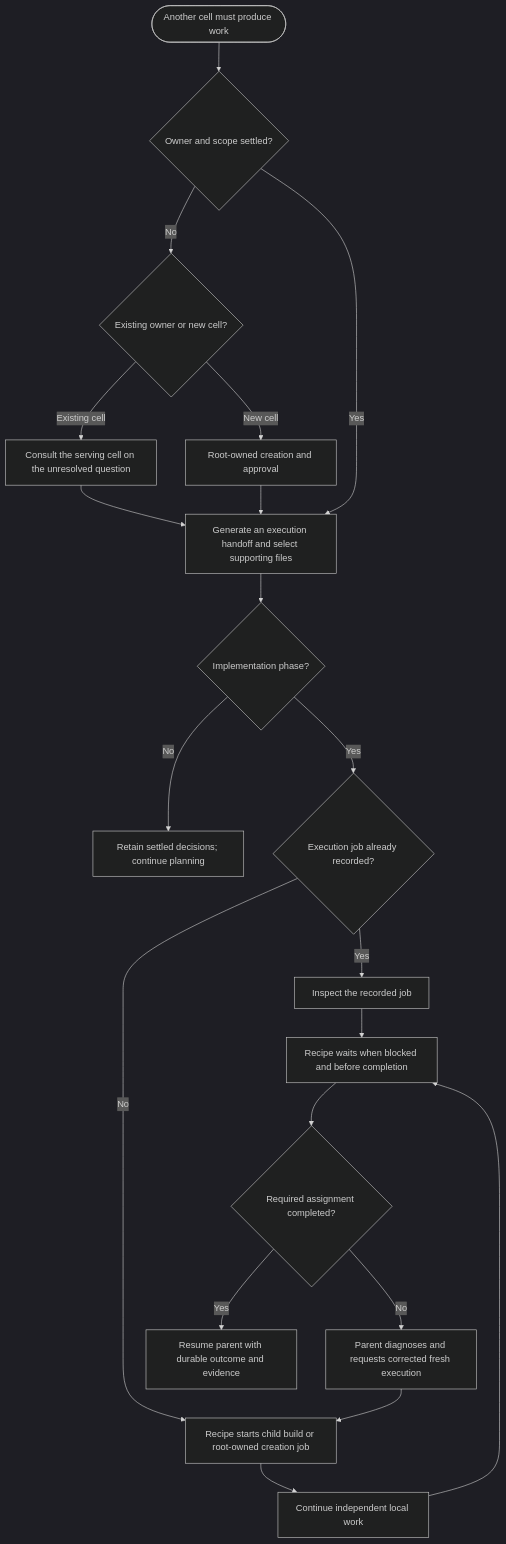
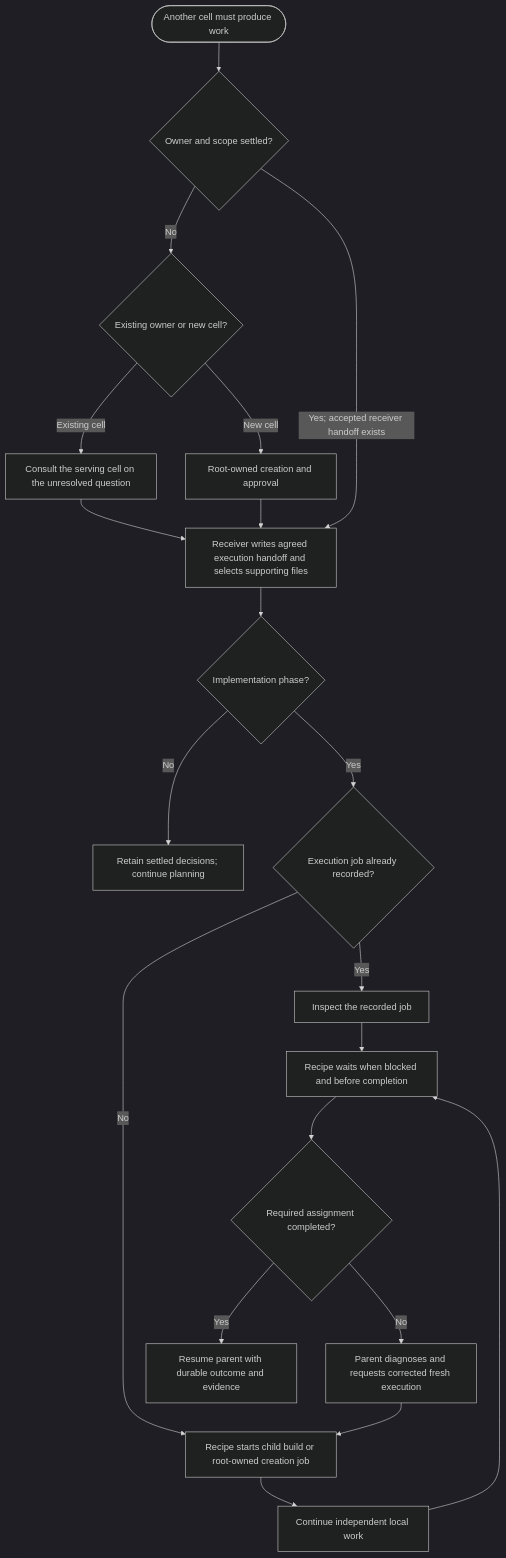
Before and after one commit to colony-2/recipes: the second of 3 diagrams in ADAPTIVE_BUILD_PROCESS.md, drawn with Mermaid (dark theme). The commit also changed other lines of this file and 159 other files, not shown here.

````diff
--- a/ADAPTIVE_BUILD_PROCESS.md
+++ b/ADAPTIVE_BUILD_PROCESS.md
@@ -128,22 +119,22 @@
 ```mermaid
 flowchart TD
     Need([Another cell must produce work]) --> Settled{Owner and scope settled?}
     Settled -->|No| Owner{Existing owner or new cell?}
     Owner -->|Existing cell| Serving[Consult the serving cell on the unresolved question]
     Owner -->|New cell| Root[Root-owned creation and approval]
-    Serving --> Handoff[Generate an execution handoff and select supporting files]
+    Serving --> Handoff[Receiver writes agreed execution handoff and selects supporting files]
     Root --> Handoff
-    Settled -->|Yes| Handoff
+    Settled -->|Yes; accepted receiver handoff exists| Handoff
     Handoff --> Phase{Implementation phase?}
     Phase -->|No| Record[Retain settled decisions; continue planning]
     Phase -->|Yes| Known{Execution job already recorded?}
     Known -->|Yes| Reuse[Inspect the recorded job]
     Known -->|No| Launch[Recipe starts child build or root-owned creation job]
     Launch --> Independent[Continue independent local work]
     Independent --> Wait[Recipe waits when blocked and before completion]
     Reuse --> Wait
     Wait --> Success{Required assignment completed?}
     Success -->|No| Repair[Parent diagnoses and requests corrected fresh execution]
     Repair --> Launch
     Success -->|Yes| Resume[Resume parent with durable outcome and evidence]
 ```
````
